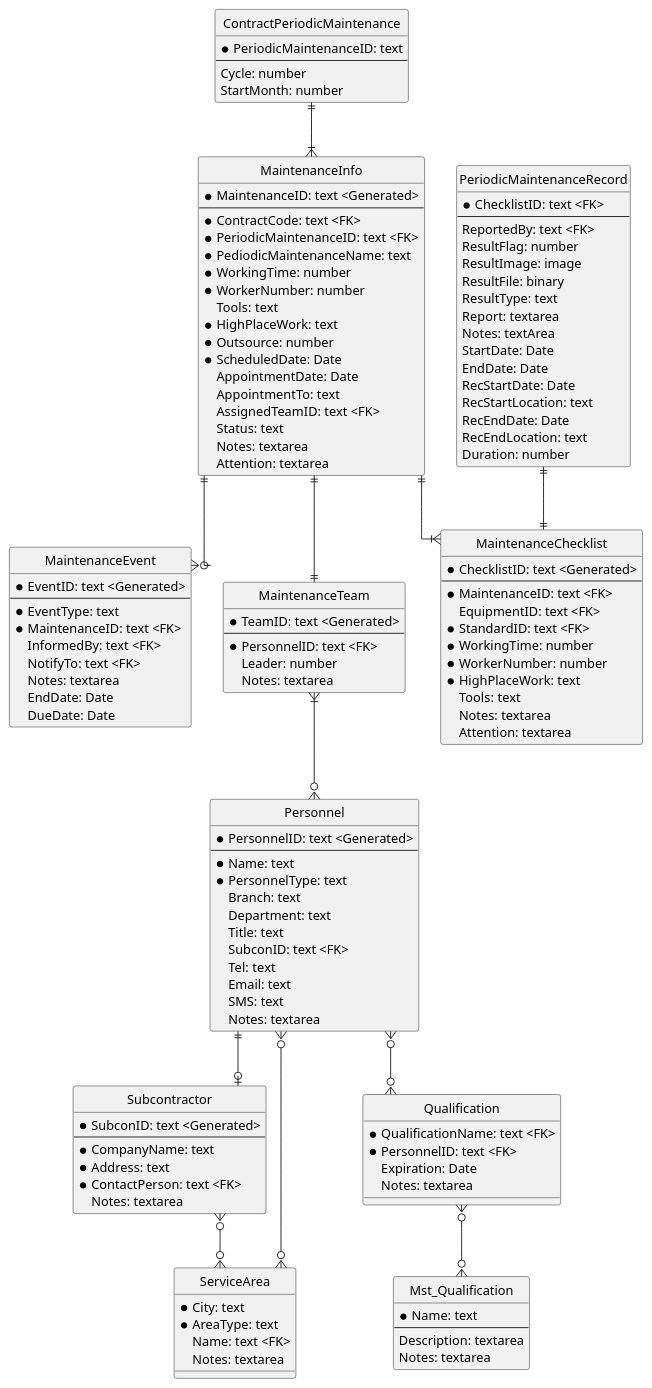
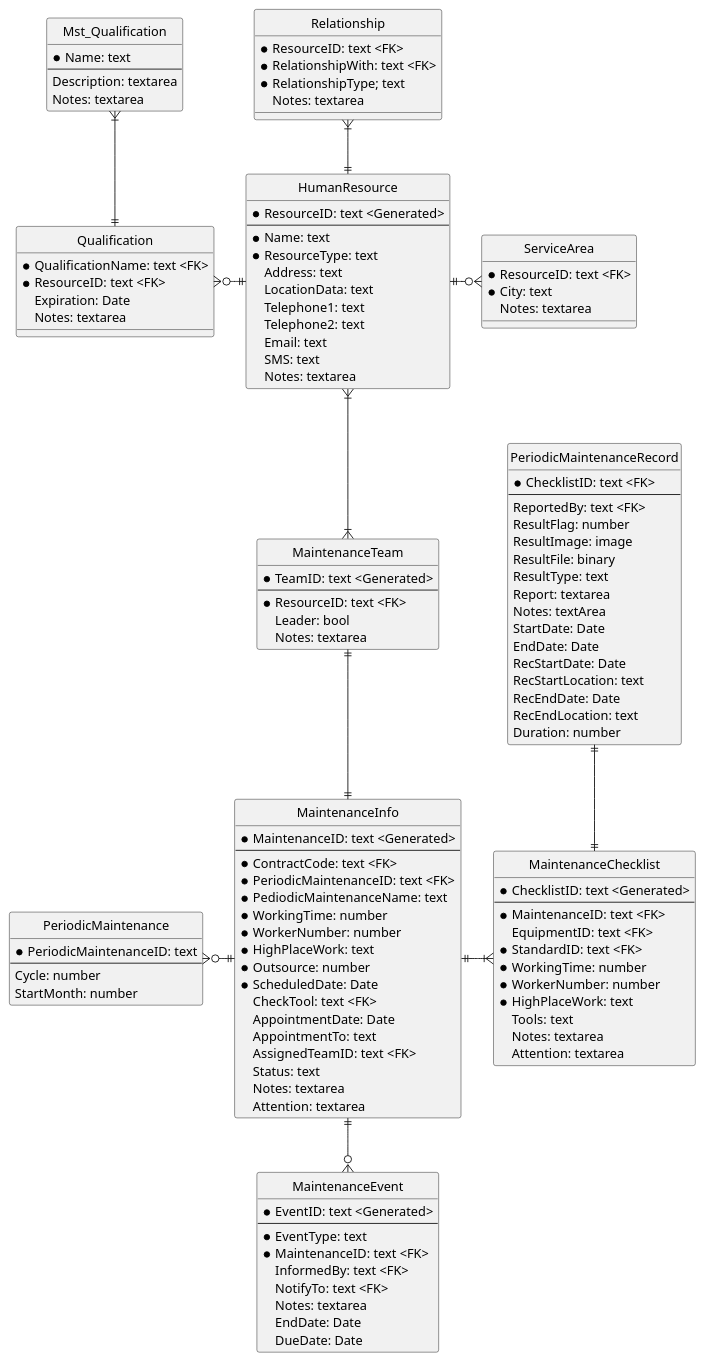
One commit to himiz6912/mms changed the diagram in er_operation.pu. Above: the diagram before and after it, drawn with PlantUML. The commit also changed 3 other files, not shown here.

```diff
--- a/er_operation.pu
+++ b/er_operation.pu
@@ -1,137 +1,141 @@
 @startuml
 hide circle
 skinparam linetype ortho
 
-entity ContractPeriodicMaintenance {
+entity PeriodicMaintenance {
     * PeriodicMaintenanceID: text
     --
     Cycle: number
     StartMonth: number
 }
+
 entity MaintenanceInfo {
     * MaintenanceID: text <Generated>
     --
     * ContractCode: text <FK>
     * PeriodicMaintenanceID: text <FK>
     * PediodicMaintenanceName: text
     * WorkingTime: number
     * WorkerNumber: number
-    Tools: text
     * HighPlaceWork: text
     * Outsource: number
     * ScheduledDate: Date
+    CheckTool: text <FK>
     AppointmentDate: Date
     AppointmentTo: text
     AssignedTeamID: text <FK>
     Status: text
     Notes: textarea
     Attention: textarea
 }
 ' Status: Appointment/ assignment/ ScheduleFixed/ Pending/ Complete/ RemainingWork
+
 entity MaintenanceEvent {
     * EventID: text <Generated>
     --
     * EventType: text
     * MaintenanceID: text <FK>
     InformedBy: text <FK>
     NotifyTo: text <FK>
     Notes: textarea
     EndDate: Date
     DueDate: Date
 }
 ' EventType: Generated/ Appoint/ Assign/ FixSchedule/ StartPM/ SubmitQtn
+
 entity MaintenanceChecklist {
     * ChecklistID: text <Generated>
     --
     * MaintenanceID: text <FK> 
     EquipmentID: text <FK>
     * StandardID: text <FK>
     * WorkingTime: number
     * WorkerNumber: number
     * HighPlaceWork: text
     Tools: text
     Notes: textarea
     Attention: textarea
 }
+
 entity PeriodicMaintenanceRecord {
     * ChecklistID: text <FK>
     --
     ReportedBy: text <FK>
     ResultFlag: number
     ResultImage: image
     ResultFile: binary
     ResultType: text
     Report: textarea
     Notes: textArea
     StartDate: Date
     EndDate: Date
     RecStartDate: Date
     RecStartLocation: text
     RecEndDate: Date
     RecEndLocation: text
     Duration: number
 }
 ' ResultType: Completed/ Pending/ RemainingWork
+
 entity MaintenanceTeam {
     * TeamID: text <Generated>
     --
-    * PersonnelID: text <FK>
-    Leader: number
+    * ResourceID: text <FK>
+    Leader: bool
     Notes: textarea
 }
-entity Personnel {
-    * PersonnelID: text <Generated>
+
+entity HumanResource {
+    * ResourceID: text <Generated>
     --
     * Name: text
-    * PersonnelType: text
-    Branch: text
-    Department: text
-    Title: text
-    SubconID: text <FK>
-    Tel: text
+    * ResourceType: text
+    Address: text
+    LocationData: text
+    Telephone1: text
+    Telephone2: text
     Email: text
     SMS: text
     Notes: textarea
 }
-' PersonnelType: Employee/ Subcon/ Vender/ Maker
-entity Subcontractor {
-    * SubconID: text <Generated>
-    --
-    * CompanyName: text
-    * Address: text
-    * ContactPerson: text <FK>
+' ResourceType: Group/ Individual
+
+entity Relationship {
+    * ResourceID: text <FK>
+    * RelationshipWith: text <FK>
+    * RelationshipType; text
     Notes: textarea
 }
+
 entity Qualification {
     * QualificationName: text <FK>
-    * PersonnelID: text <FK>
+    * ResourceID: text <FK>
     Expiration: Date
     Notes: textarea
 }
 
 entity Mst_Qualification {
     * Name: text
     --
     Description: textarea
     Notes: textarea
 }
+
 entity ServiceArea {
+    * ResourceID: text <FK>
     * City: text
-    * AreaType: text
-    Name: text <FK>
     Notes: textarea
 }
-' AreaType: Branch/ Department/ Company/ PersonnelID
 
-ContractPeriodicMaintenance ||--|{ MaintenanceInfo
-MaintenanceInfo ||--|{ MaintenanceChecklist
-PeriodicMaintenanceRecord ||--|| MaintenanceChecklist
+PeriodicMaintenance }o-r-|| MaintenanceInfo
+MaintenanceInfo ||-r-|{ MaintenanceChecklist
+MaintenanceChecklist ||-u-|| PeriodicMaintenanceRecord
 MaintenanceInfo ||--o{ MaintenanceEvent
-MaintenanceInfo ||--|| MaintenanceTeam
-MaintenanceTeam }|--o{ Personnel
-Personnel ||--o| Subcontractor
-Personnel }o--o{ Qualification
-Qualification }o--o{ Mst_Qualification
-Personnel }o--o{ ServiceArea
-Subcontractor }o--o{ ServiceArea
+Relationship }|--|| HumanResource
+ServiceArea }o-l-|| HumanResource
+HumanResource }|-d-|{ MaintenanceTeam
+Mst_Qualification }|--|| Qualification
+Qualification }o-r-|| HumanResource
+MaintenanceTeam ||--|| MaintenanceInfo
+
 @enduml
```
